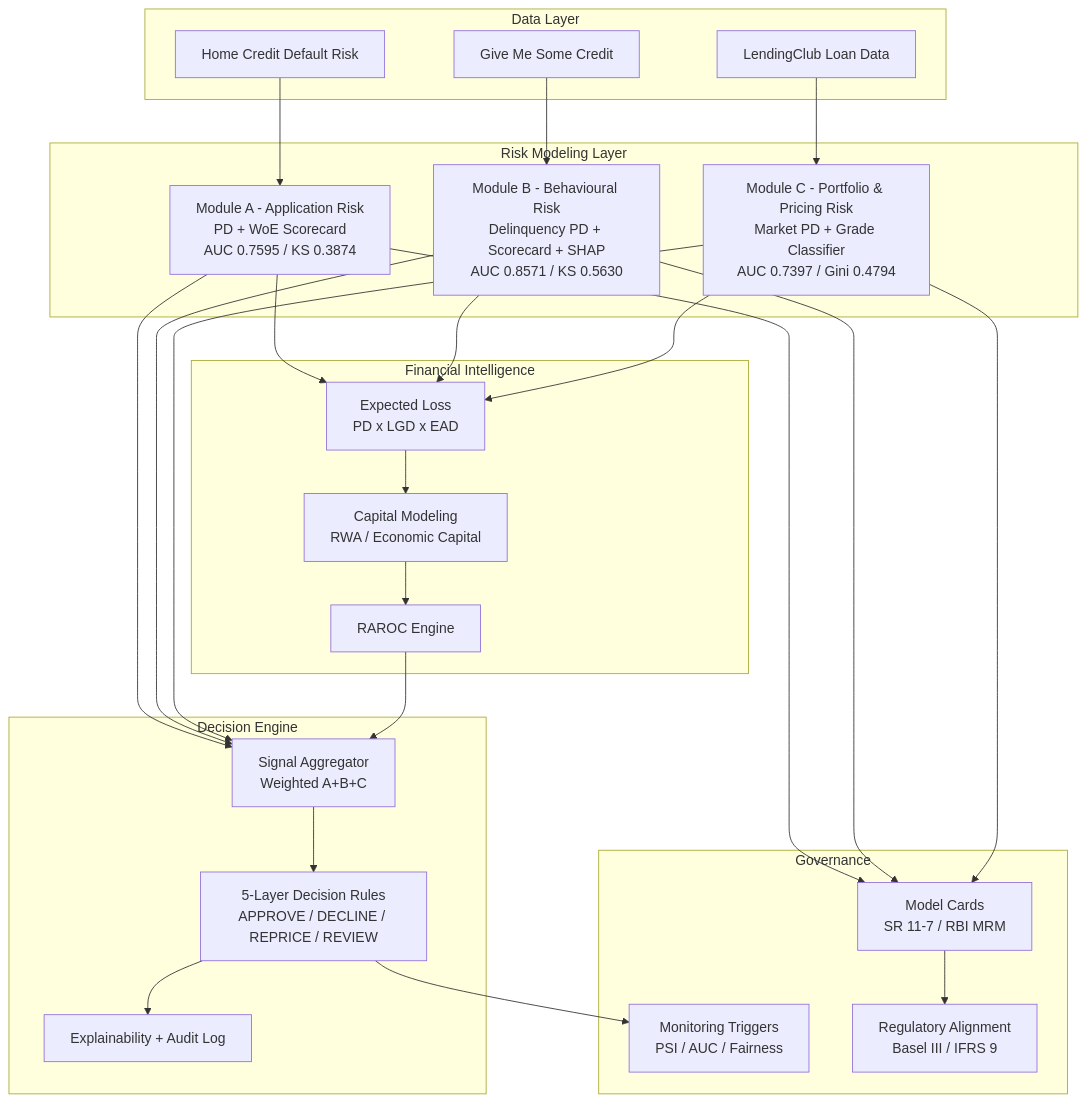
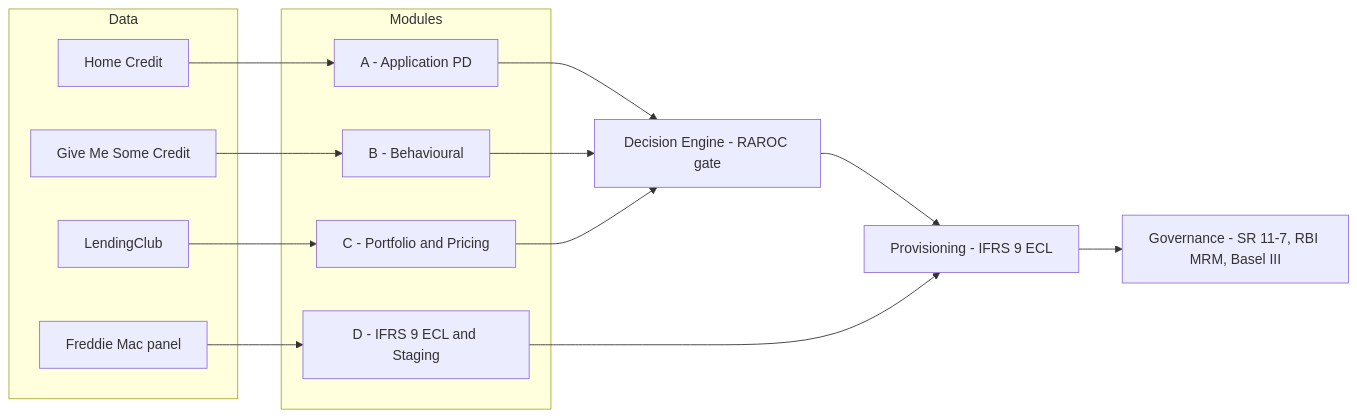
The diagram in README.md (hiralsarkar/AI-Credit-Intelligence-System), drawn with Mermaid before and after one commit. The commit also changed other lines of this file and 3 other files, not shown here.

````diff
--- a/README.md
+++ b/README.md
@@ -32,54 +32,29 @@
 ```mermaid
-flowchart TD
+flowchart LR
+  subgraph Data
+    D1[Home Credit]
+    D2[Give Me Some Credit]
+    D3[LendingClub]
+    D4[Freddie Mac panel]
+  end
+  subgraph Modules
+    A[A - Application PD]
+    B[B - Behavioural]
+    C[C - Portfolio and Pricing]
+    E[D - IFRS 9 ECL and Staging]
+  end
+  G[Decision Engine - RAROC gate]
+  P[Provisioning - IFRS 9 ECL]
+  GV[Governance - SR 11-7, RBI MRM, Basel III]
 
-subgraph Data_Layer["Data Layer"]
-A1[Home Credit Default Risk]
-A2[Give Me Some Credit]
-A3[LendingClub Loan Data]
-end
-
-subgraph Modeling["Risk Modeling Layer"]
-B1["Module A - Application Risk\nPD + WoE Scorecard\nAUC 0.7595 / KS 0.3874"]
-B2["Module B - Behavioural Risk\nDelinquency PD + Scorecard + SHAP\nAUC 0.8571 / KS 0.5630"]
-B3["Module C - Portfolio & Pricing Risk\nMarket PD + Grade Classifier\nAUC 0.7397 / Gini 0.4794"]
-end
-
-subgraph Financial_Intelligence["Financial Intelligence"]
-C1[Expected Loss\nPD x LGD x EAD]
-C2[Capital Modeling\nRWA / Economic Capital]
-C3[RAROC Engine]
-end
-
-subgraph Decision["Decision Engine"]
-D1[Signal Aggregator\nWeighted A+B+C]
-D2[5-Layer Decision Rules\nAPPROVE / DECLINE / REPRICE / REVIEW]
-D3[Explainability + Audit Log]
-end
-
-subgraph Governance["Governance"]
-E1[Model Cards\nSR 11-7 / RBI MRM]
-E2[Monitoring Triggers\nPSI / AUC / Fairness]
-E3[Regulatory Alignment\nBasel III / IFRS 9]
-end
-
-A1 --> B1
-A2 --> B2
-A3 --> B3
-
-B1 --> C1
-B2 --> C1
-B3 --> C1
-C1 --> C2 --> C3
-
-B1 --> D1
-B2 --> D1
-B3 --> D1
-C3 --> D1
-D1 --> D2 --> D3
-
-D2 --> E2
-B1 --> E1
-B2 --> E1
-B3 --> E1
-E1 --> E3
+  D1 --> A
+  D2 --> B
+  D3 --> C
+  D4 --> E
+  A --> G
+  B --> G
+  C --> G
+  G --> P
+  E --> P
+  P --> GV
 ```
````
